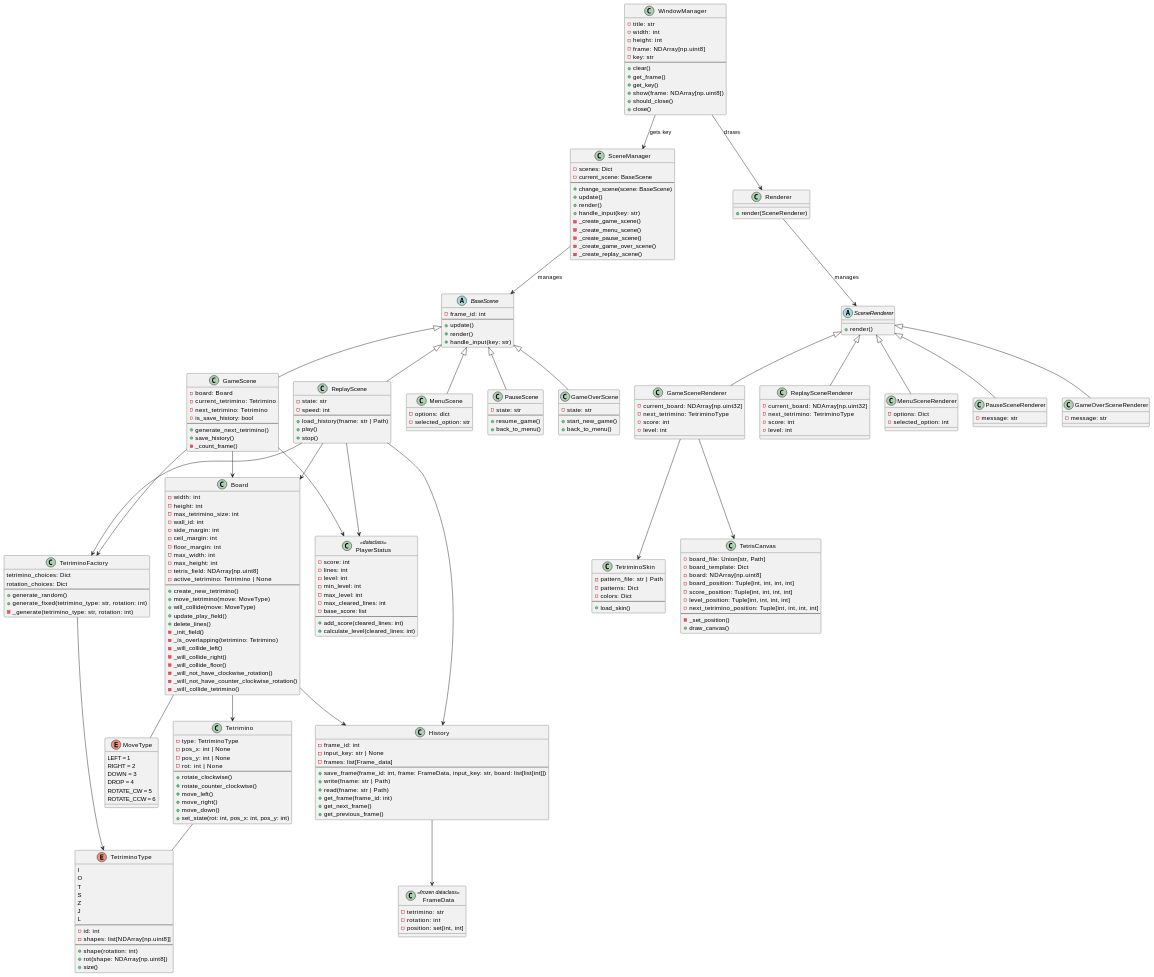
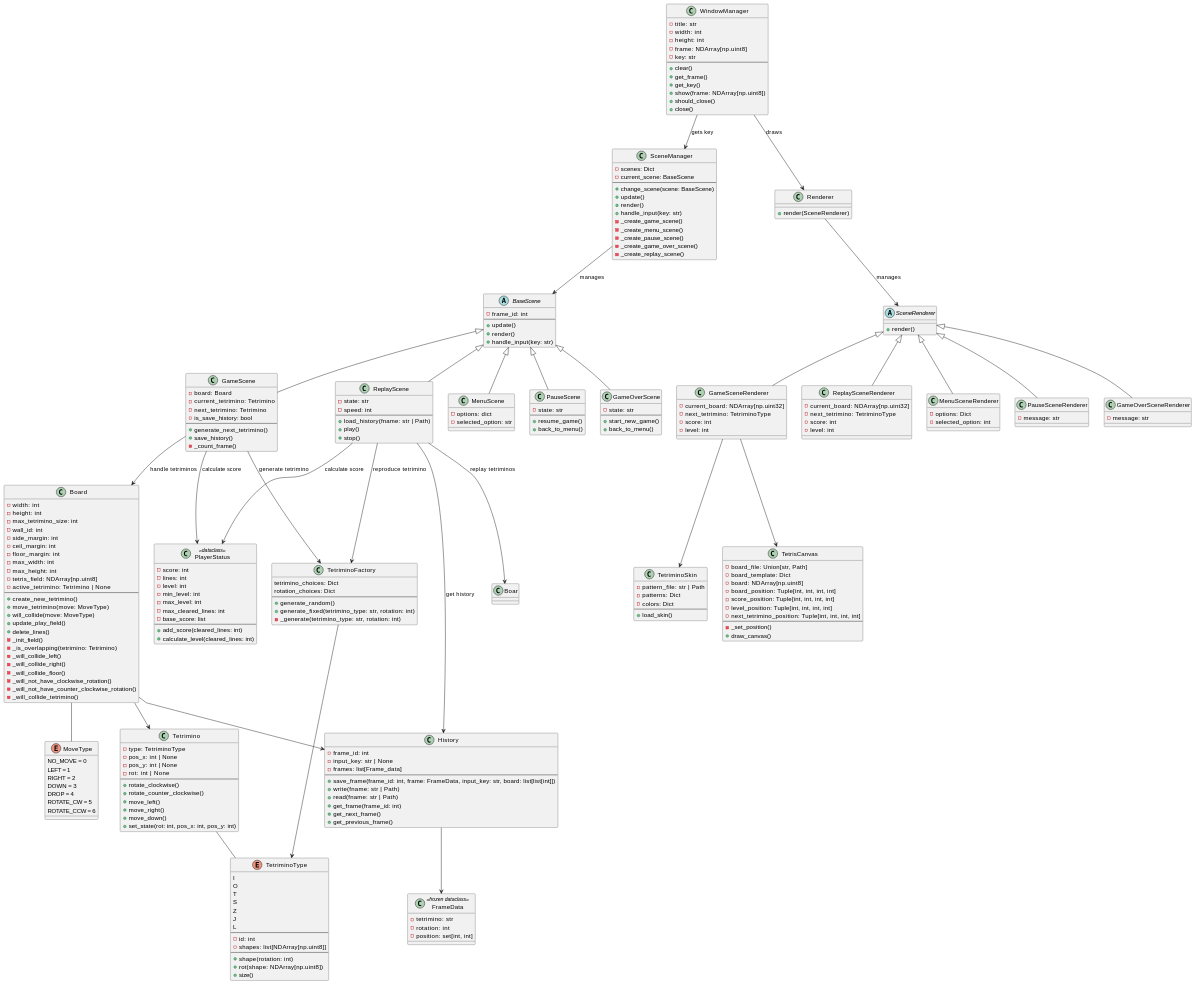
Before and after one commit to tsuzuki-nekozuki/python-tetris: the diagram in README.md, drawn with PlantUML. The commit also changed 1 other file, not shown here.

Commit message:
add NO_MOVE to MoveType

```diff
--- a/README.md
+++ b/README.md
@@ -234,6 +234,7 @@
 }
 
 Enum MoveType {
+    NO_MOVE = 0
     LEFT = 1
     RIGHT = 2
     DOWN = 3
@@ -303,13 +304,13 @@
 
 WindowManager --> SceneManager: gets key
 SceneManager --> BaseScene: manages
-GameScene --> Board
-GameScene --> PlayerStatus
-GameScene --> TetriminoFactory
-ReplayScene --> Board
-ReplayScene --> PlayerStatus
-ReplayScene --> TetriminoFactory
-ReplayScene --> History
+GameScene --> Board: handle tetriminos
+GameScene --> PlayerStatus: calculate score
+GameScene --> TetriminoFactory: generate tetrimino
+ReplayScene --> Boar: replay tetriminos
+ReplayScene --> PlayerStatus: calculate score
+ReplayScene --> TetriminoFactory: reproduce tetrimino
+ReplayScene --> History: get history
 TetriminoFactory --> TetriminoType
 Tetrimino -- TetriminoType
 WindowManager --> Renderer: draws
```
